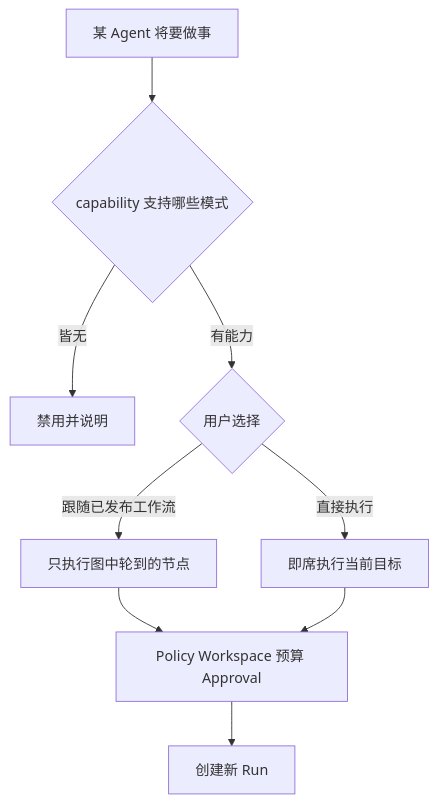
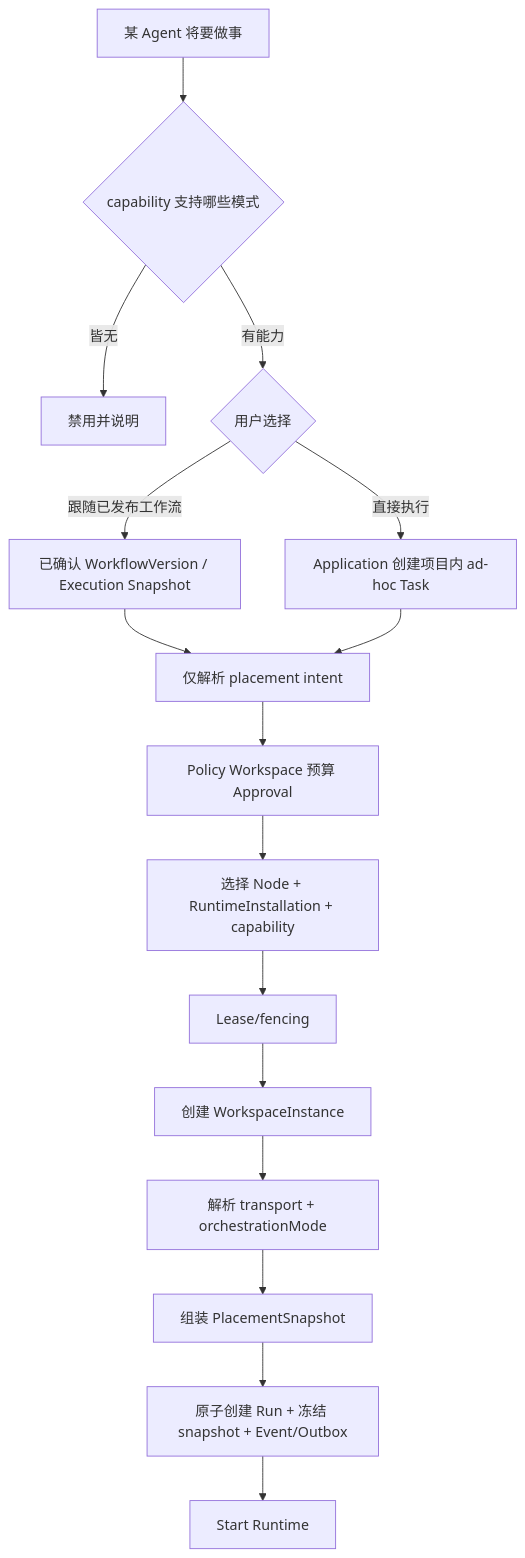
Before and after one commit to nicechencs/workforce: the tenth of 10 diagrams in docs/product-ui/02-core-user-flows.md, drawn with Mermaid. The commit also changed other lines of this file and 29 other files, not shown here.

First line of the commit message:
docs: align D15-D18 contracts, flows, and docs checks

````diff
--- a/docs/product-ui/02-core-user-flows.md
+++ b/docs/product-ui/02-core-user-flows.md
@@ -171,11 +220,18 @@
 ```mermaid
 flowchart TD
   AgentWork[某 Agent 将要做事] --> Probe{capability 支持哪些模式}
   Probe -->|皆无| Deny[禁用并说明]
   Probe -->|有能力| Choose{用户选择}
-  Choose -->|跟随已发布工作流| Bound[只执行图中轮到的节点]
-  Choose -->|直接执行| Direct[即席执行当前目标]
-  Bound --> Policy[Policy Workspace 预算 Approval]
-  Direct --> Policy
-  Policy --> Run[创建新 Run]
+  Choose -->|跟随已发布工作流| Bound[已确认 WorkflowVersion / Execution Snapshot]
+  Choose -->|直接执行| Direct[Application 创建项目内 ad-hoc Task]
+  Bound --> ResolveIntent[仅解析 placement intent]
+  Direct --> ResolveIntent
+  ResolveIntent --> Policy[Policy Workspace 预算 Approval]
+  Policy --> Select[选择 Node + RuntimeInstallation + capability]
+  Select --> Lease[Lease/fencing]
+  Lease --> Workspace[创建 WorkspaceInstance]
+  Workspace --> ResolveAxes[解析 transport + orchestrationMode]
+  ResolveAxes --> Binding[组装 PlacementSnapshot]
+  Binding --> Run[原子创建 Run + 冻结 snapshot + Event/Outbox]
+  Run --> Runtime[Start Runtime]
 ```
````
